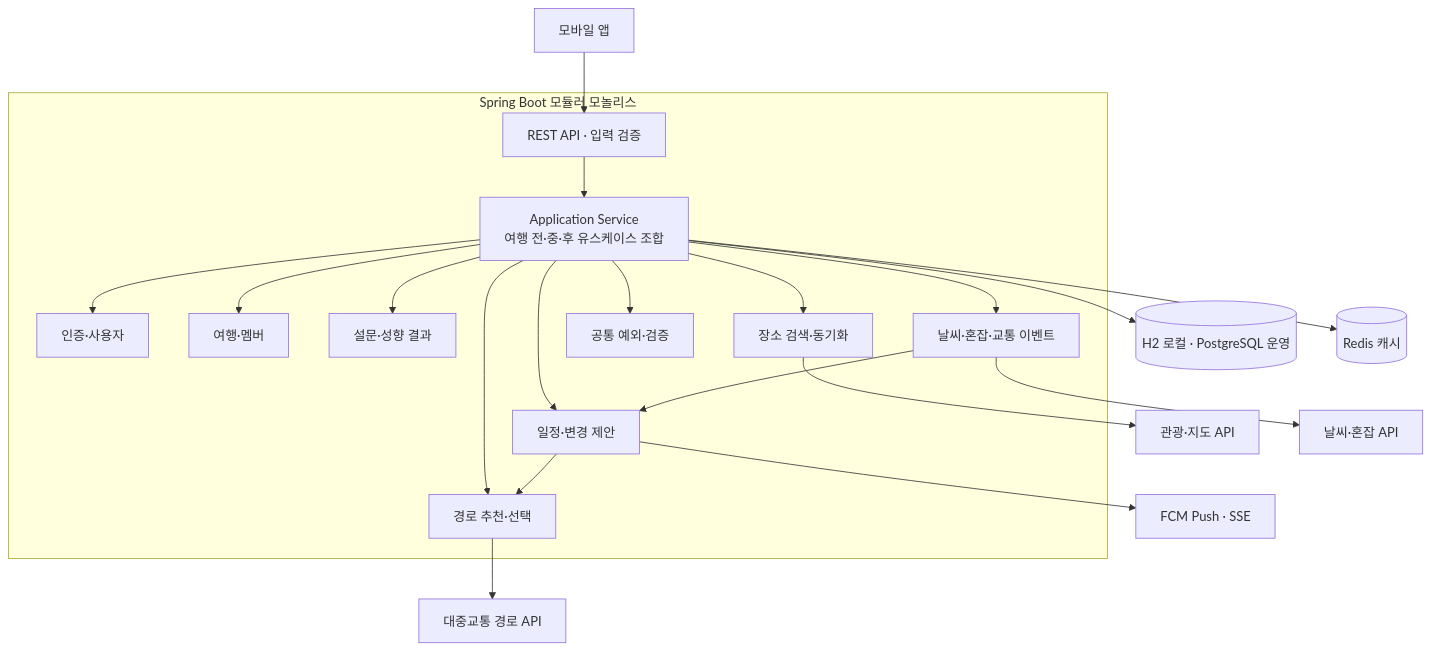
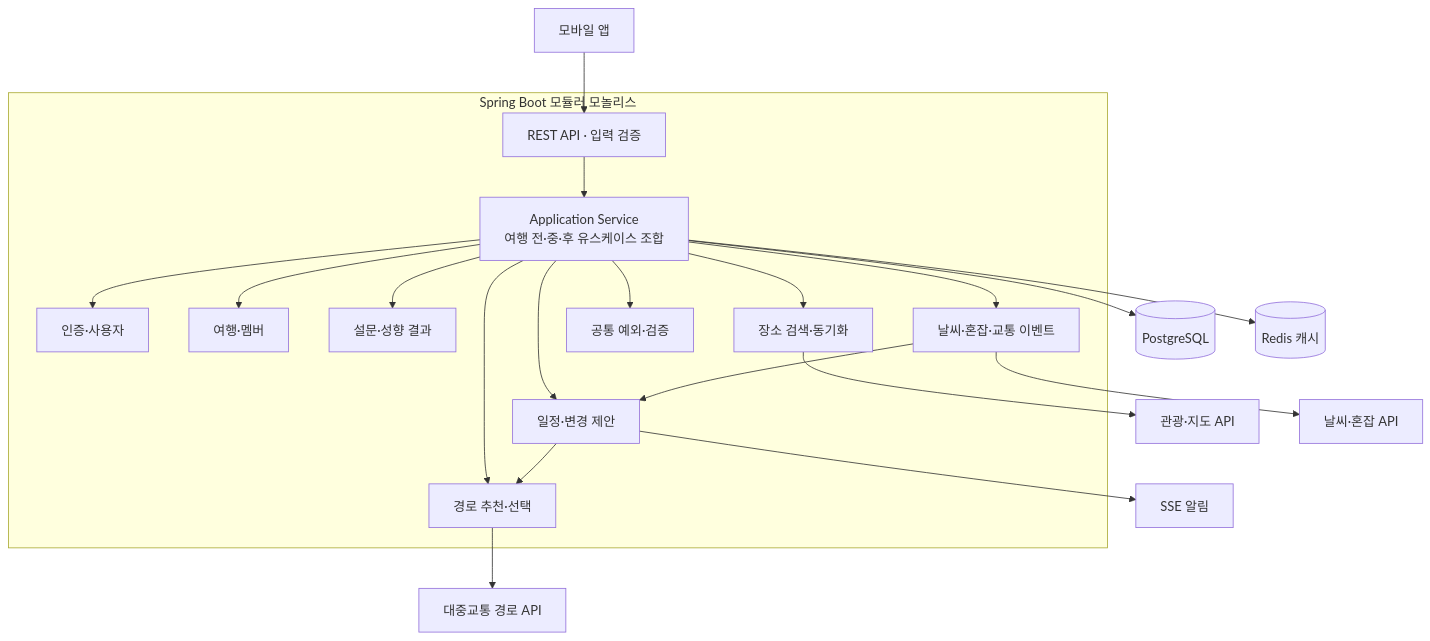
Before and after one commit to TEAM-DOONOW/Gayadi-Server: the second of 3 diagrams in docs/architecture/gayadi-service-design.md, drawn with Mermaid. The commit also changed other lines of this file and 74 other files, not shown here.

Commit message:
refactor: PostgreSQL 서버 및 API 계약 개선 (#11)

````diff
--- a/docs/architecture/gayadi-service-design.md
+++ b/docs/architecture/gayadi-service-design.md
@@ -192,27 +194,27 @@
 ```mermaid
 flowchart TB
     APP[모바일 앱] --> API[REST API · 입력 검증]
 
     subgraph SERVER[Spring Boot 모듈러 모놀리스]
         API --> USECASE[Application Service\n여행 전·중·후 유스케이스 조합]
 
         USECASE --> AUTH[인증·사용자]
         USECASE --> TRIP[여행·멤버]
         USECASE --> SURVEY[설문·성향 결과]
         USECASE --> PLAN[일정·변경 제안]
         USECASE --> PLACE[장소 검색·동기화]
         USECASE --> EVENT[날씨·혼잡·교통 이벤트]
         USECASE --> ROUTE[경로 추천·선택]
         USECASE --> COMMON[공통 예외·검증]
 
         EVENT --> PLAN
         PLAN --> ROUTE
     end
 
-    USECASE --> DB[(H2 로컬 · PostgreSQL 운영)]
+    USECASE --> DB[(PostgreSQL)]
     PLACE --> PLACE_API[관광·지도 API]
     EVENT --> EVENT_API[날씨·혼잡 API]
     ROUTE --> ROUTE_API[대중교통 경로 API]
-    PLAN --> PUSH[FCM Push · SSE]
+    PLAN --> PUSH[SSE 알림]
     USECASE --> REDIS[(Redis 캐시)]
 ```
````
